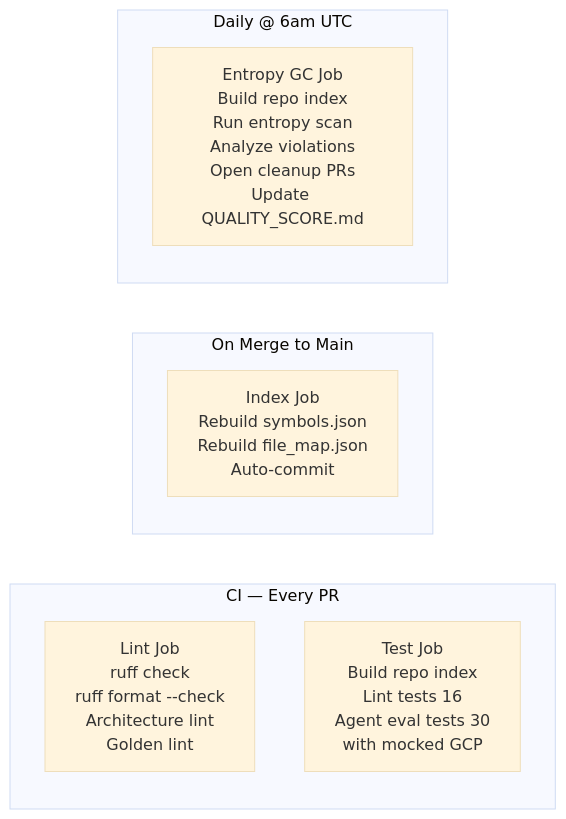
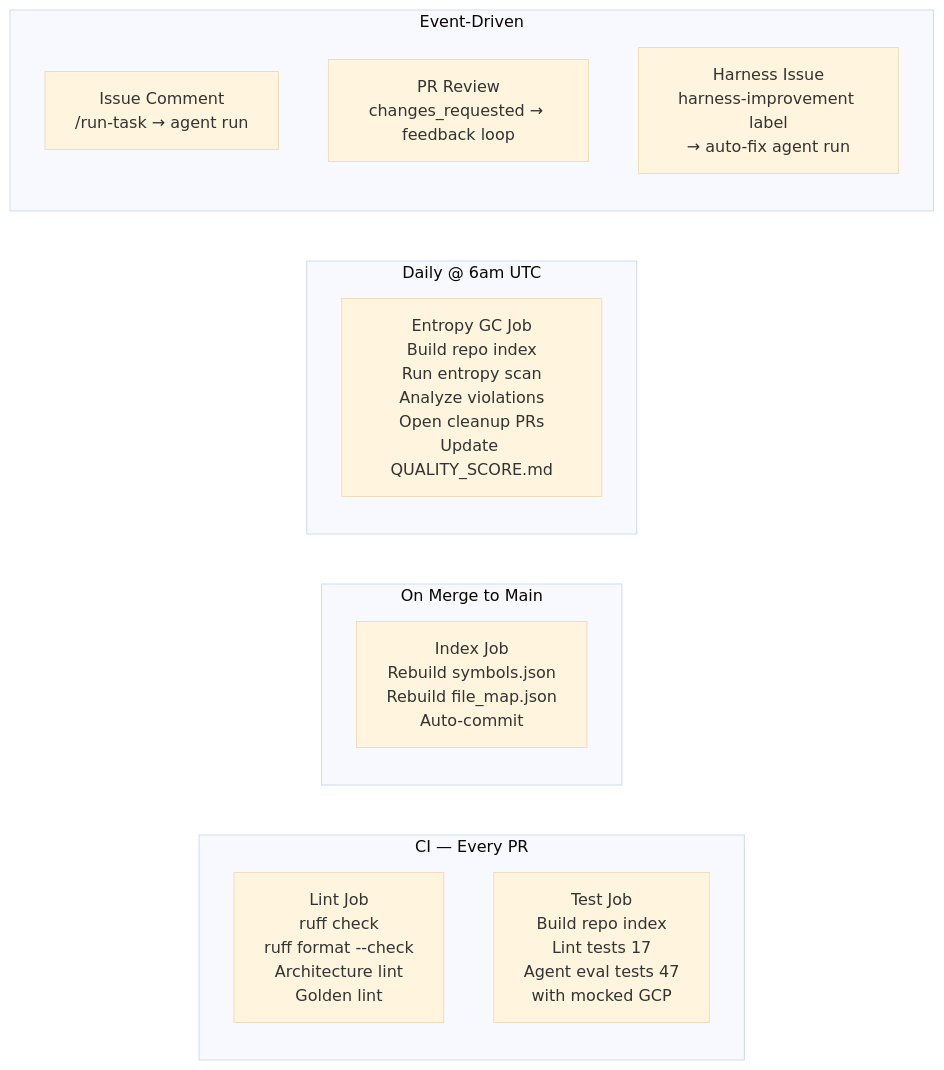
Before and after one commit to Tanush1912/ouroboros: the ninth of 9 diagrams in README.md, drawn with Mermaid (base theme). The commit also changed other lines of this file, not shown here.

````diff
--- a/README.md
+++ b/README.md
@@ -923,16 +1130,23 @@
 ```mermaid
 flowchart LR
     subgraph ci["CI — Every PR"]
         direction TB
         lint["Lint Job\nruff check\nruff format --check\nArchitecture lint\nGolden lint"]
-        test["Test Job\nBuild repo index\nLint tests 16\nAgent eval tests 30\nwith mocked GCP"]
+        test["Test Job\nBuild repo index\nLint tests 17\nAgent eval tests 47\nwith mocked GCP"]
     end
 
     subgraph merge["On Merge to Main"]
         idx["Index Job\nRebuild symbols.json\nRebuild file_map.json\nAuto-commit"]
     end
 
     subgraph gc["Daily @ 6am UTC"]
         entropy["Entropy GC Job\nBuild repo index\nRun entropy scan\nAnalyze violations\nOpen cleanup PRs\nUpdate QUALITY_SCORE.md"]
     end
+
+    subgraph triggers["Event-Driven"]
+        direction TB
+        issue["Issue Comment\n/run-task → agent run"]
+        feedback["PR Review\nchanges_requested → feedback loop"]
+        harness["Harness Issue\nharness-improvement label\n→ auto-fix agent run"]
+    end
 ```
````
